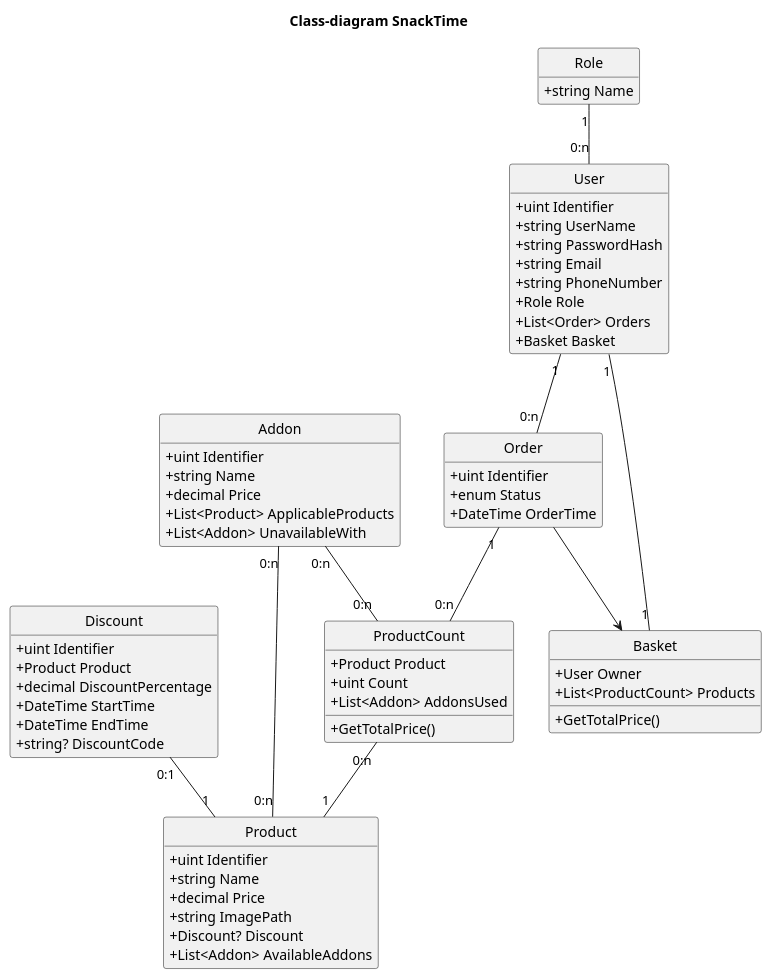
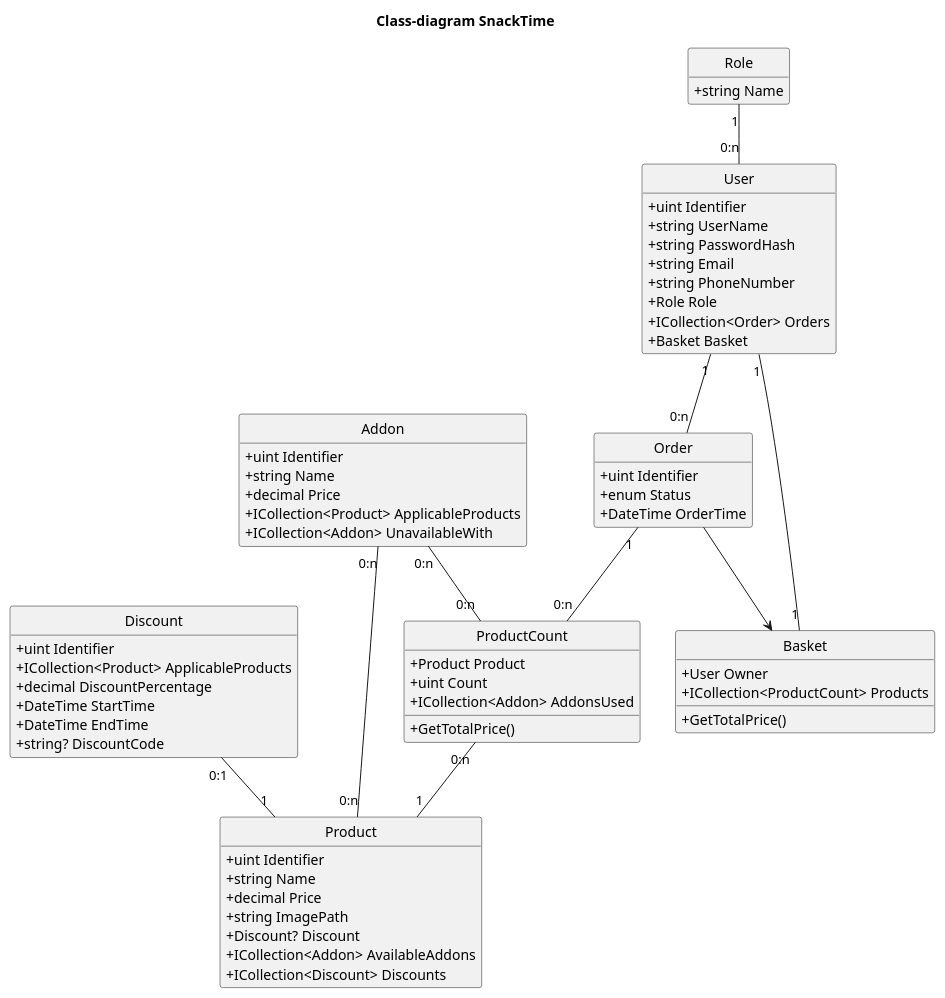
The diagram in SnackTime/Uml/ClassDiagram.puml (kinggeert/SnackTime), drawn with PlantUML before and after one commit. The commit also changed 8 other files, not shown here.

Commit message:
Change list to ICollection

```diff
--- a/SnackTime/Uml/ClassDiagram.puml
+++ b/SnackTime/Uml/ClassDiagram.puml
@@ -1,84 +1,85 @@
 @startuml
 hide circle
 hide empty members
 skinparam classAttributeIconSize 0
 skinparam packageStyle rectangle
 title Class-diagram SnackTime
 
 
 class User {
     +uint Identifier
     +string UserName
     +string PasswordHash
     +string Email
     +string PhoneNumber
     +Role Role
-    +List<Order> Orders
+    +ICollection<Order> Orders
     +Basket Basket
 }
 
 class Role {
     +string Name
 }
 
 class Product {
     +uint Identifier
     +string Name
     +decimal Price
     +string ImagePath
     +Discount? Discount
-    +List<Addon> AvailableAddons
+    +ICollection<Addon> AvailableAddons
+    +ICollection<Discount> Discounts
 }
 
 class ProductCount {
     +Product Product
     +uint Count
-    +List<Addon> AddonsUsed
+    +ICollection<Addon> AddonsUsed
     
     +GetTotalPrice()
 }
 
 class Basket {
     +User Owner
-    +List<ProductCount> Products
+    +ICollection<ProductCount> Products
     
     +GetTotalPrice()
 }
 
 class Order {
     +uint Identifier
     +enum Status
     +DateTime OrderTime
 }
 
 class Discount {
     +uint Identifier
-    +Product Product
+    +ICollection<Product> ApplicableProducts
     +decimal DiscountPercentage
     +DateTime StartTime
     +DateTime EndTime
     +string? DiscountCode
 }
 
 class Addon {
     +uint Identifier
     +string Name
     +decimal Price
-    +List<Product> ApplicableProducts
-    +List<Addon> UnavailableWith
+    +ICollection<Product> ApplicableProducts
+    +ICollection<Addon> UnavailableWith
 }
 
 User "1" -- "0:n" Order
 Order "1" -- "0:n" ProductCount
 ProductCount "0:n" -- "1" Product
 Discount "0:1" -- "1" Product
 User "1" -- "1" Basket
 Addon "0:n" -- "0:n" Product
 Addon "0:n" -- "0:n" ProductCount
 Role "1" -- "0:n" User
 
 Order --> Basket
 
 
 
 @enduml
```
